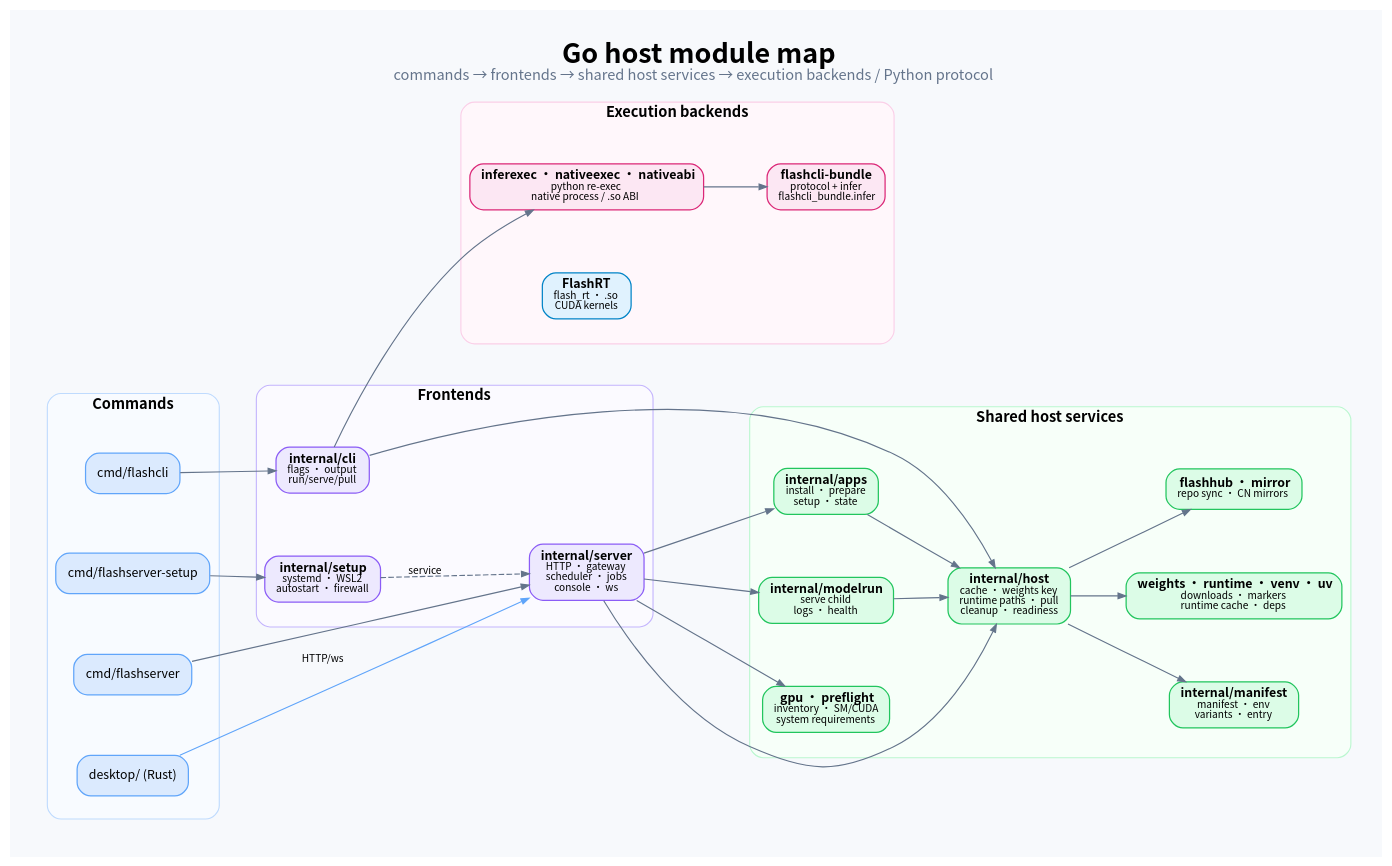
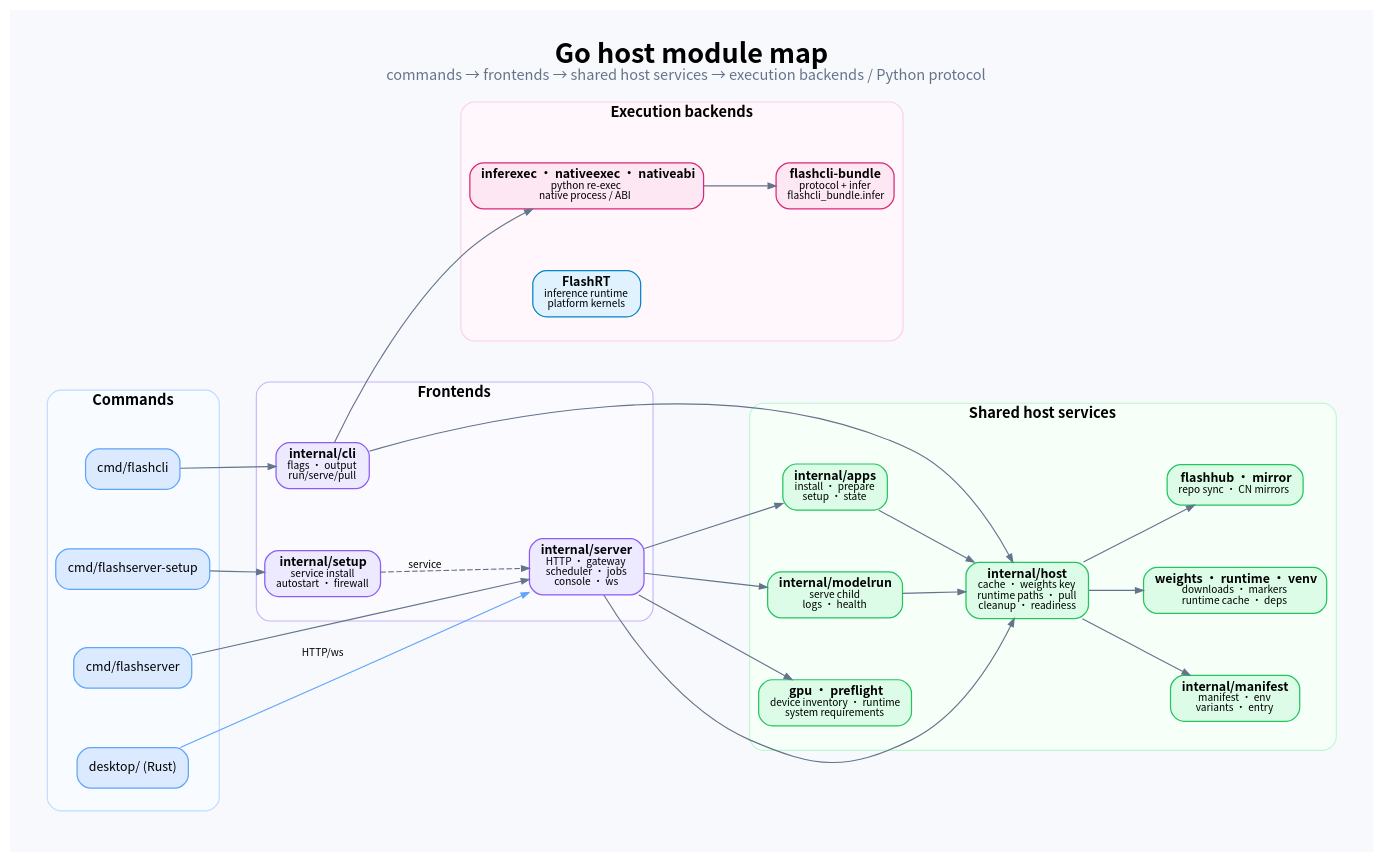
One commit to aodianyun/flashcli changed the diagram in docs/images/go-module-map.en.dot. Above: the diagram before and after it, drawn with Graphviz. The commit also changed 29 other files, not shown here.

First line of the commit message:
docs(architecture): generalize platform and endpoint details

```diff
--- a/docs/images/go-module-map.en.dot
+++ b/docs/images/go-module-map.en.dot
@@ -1,47 +1,47 @@
 digraph GoModuleMapEN {
   graph [rankdir=LR, bgcolor="#f7f9fc", pad=0.35, nodesep=0.35, ranksep=0.65,
          fontname="Noto Sans CJK SC", fontsize=24, labelloc="t", size="16,9!", ratio=fill,
          label=<<B>Go host module map</B><BR/><FONT POINT-SIZE="13" COLOR="#64748b">commands → frontends → shared host services → execution backends / Python protocol</FONT>>];
   node [shape=box, style="rounded,filled", fontname="Noto Sans CJK SC",
         fontsize=11, margin="0.14,0.08", penwidth=1.1, color="#94a3b8"];
   edge [fontname="Noto Sans CJK SC", fontsize=9, color="#64748b", arrowsize=0.7];
 
   subgraph cluster_cmd {
     label=<<B>Commands</B>>; fontsize=13; color="#bfdbfe"; style="rounded,filled"; fillcolor="#f8fbff";
     cmdcli [fillcolor="#dbeafe", color="#60a5fa", label="cmd/flashcli"];
     cmdsrv [fillcolor="#dbeafe", color="#60a5fa", label="cmd/flashserver"];
     cmdsetup [fillcolor="#dbeafe", color="#60a5fa", label="cmd/flashserver-setup"];
     desktop [fillcolor="#dbeafe", color="#60a5fa", label="desktop/ (Rust)"];
   }
 
   subgraph cluster_front {
     label=<<B>Frontends</B>>; fontsize=13; color="#c4b5fd"; style="rounded,filled"; fillcolor="#fbfaff";
     cli [fillcolor="#ede9fe", color="#8b5cf6", label=<<B>internal/cli</B><BR/><FONT POINT-SIZE="9">flags · output<BR/>run/serve/pull</FONT>>];
     srv [fillcolor="#ede9fe", color="#8b5cf6", label=<<B>internal/server</B><BR/><FONT POINT-SIZE="9">HTTP · gateway<BR/>scheduler · jobs<BR/>console · ws</FONT>>];
-    setup [fillcolor="#ede9fe", color="#8b5cf6", label=<<B>internal/setup</B><BR/><FONT POINT-SIZE="9">systemd · WSL2<BR/>autostart · firewall</FONT>>];
+    setup [fillcolor="#ede9fe", color="#8b5cf6", label=<<B>internal/setup</B><BR/><FONT POINT-SIZE="9">service install<BR/>autostart · firewall</FONT>>];
   }
 
   subgraph cluster_shared {
     label=<<B>Shared host services</B>>; fontsize=13; color="#bbf7d0"; style="rounded,filled"; fillcolor="#f7fff9";
     host [fillcolor="#dcfce7", color="#22c55e", label=<<B>internal/host</B><BR/><FONT POINT-SIZE="9">cache · weights key<BR/>runtime paths · pull<BR/>cleanup · readiness</FONT>>];
     apps [fillcolor="#dcfce7", color="#22c55e", label=<<B>internal/apps</B><BR/><FONT POINT-SIZE="9">install · prepare<BR/>setup · state</FONT>>];
     modelrun [fillcolor="#dcfce7", color="#22c55e", label=<<B>internal/modelrun</B><BR/><FONT POINT-SIZE="9">serve child<BR/>logs · health</FONT>>];
     manifest [fillcolor="#dcfce7", color="#22c55e", label=<<B>internal/manifest</B><BR/><FONT POINT-SIZE="9">manifest · env<BR/>variants · entry</FONT>>];
-    support [fillcolor="#dcfce7", color="#22c55e", label=<<B>weights · runtime · venv · uv</B><BR/><FONT POINT-SIZE="9">downloads · markers<BR/>runtime cache · deps</FONT>>];
+    support [fillcolor="#dcfce7", color="#22c55e", label=<<B>weights · runtime · venv</B><BR/><FONT POINT-SIZE="9">downloads · markers<BR/>runtime cache · deps</FONT>>];
     infra [fillcolor="#dcfce7", color="#22c55e", label=<<B>flashhub · mirror</B><BR/><FONT POINT-SIZE="9">repo sync · CN mirrors</FONT>>];
-    probes [fillcolor="#dcfce7", color="#22c55e", label=<<B>gpu · preflight</B><BR/><FONT POINT-SIZE="9">inventory · SM/CUDA<BR/>system requirements</FONT>>];
+    probes [fillcolor="#dcfce7", color="#22c55e", label=<<B>gpu · preflight</B><BR/><FONT POINT-SIZE="9">device inventory · runtime<BR/>system requirements</FONT>>];
   }
 
   subgraph cluster_exec {
     label=<<B>Execution backends</B>>; fontsize=13; color="#fbcfe8"; style="rounded,filled"; fillcolor="#fff7fb";
-    infer [fillcolor="#fce7f3", color="#db2777", label=<<B>inferexec · nativeexec · nativeabi</B><BR/><FONT POINT-SIZE="9">python re-exec<BR/>native process / .so ABI</FONT>>];
+    infer [fillcolor="#fce7f3", color="#db2777", label=<<B>inferexec · nativeexec · nativeabi</B><BR/><FONT POINT-SIZE="9">python re-exec<BR/>native process / ABI</FONT>>];
     pyproto [fillcolor="#fce7f3", color="#db2777", label=<<B>flashcli-bundle</B><BR/><FONT POINT-SIZE="9">protocol + infer<BR/>flashcli_bundle.infer</FONT>>];
-    flashrt [fillcolor="#e0f2fe", color="#0284c7", label=<<B>FlashRT</B><BR/><FONT POINT-SIZE="9">flash_rt · .so<BR/>CUDA kernels</FONT>>];
+    flashrt [fillcolor="#e0f2fe", color="#0284c7", label=<<B>FlashRT</B><BR/><FONT POINT-SIZE="9">inference runtime<BR/>platform kernels</FONT>>];
   }
 
   cmdcli -> cli; cmdsrv -> srv; cmdsetup -> setup; desktop -> srv [label="HTTP/ws", color="#60a5fa"];
   cli -> host; cli -> infer; srv -> host; srv -> apps; srv -> modelrun; srv -> probes;
   apps -> host; modelrun -> host; host -> support; host -> infra; host -> manifest;
   infer -> pyproto;
   setup -> srv [label="service", style=dashed];
 }
```
